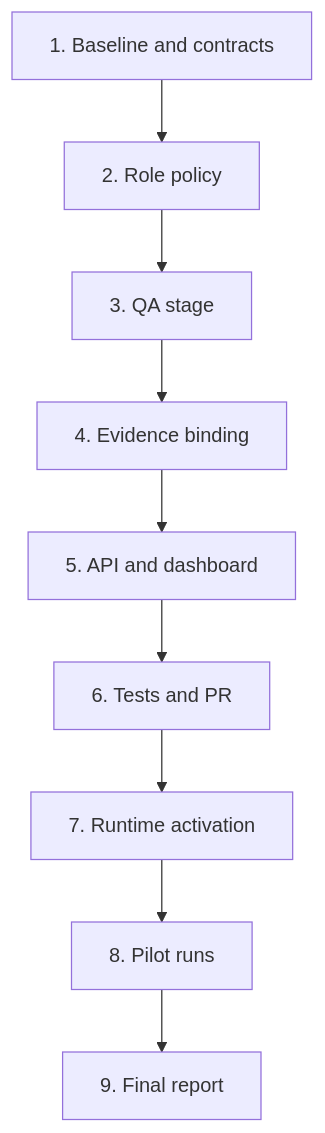
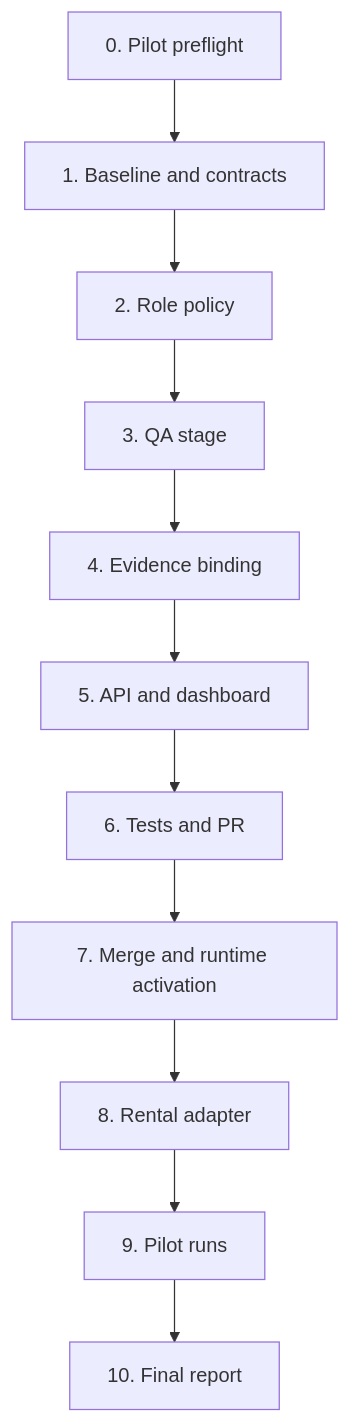
Before and after one commit to nhatnguyenquang1838-coder/gwc: the diagram in docs/plan/distributed-multi-agent-sdlc/pilot-v1/ds-mcp/tasks.md, drawn with Mermaid. The commit also changed other lines of this file and 6 other files, not shown here.

````diff
--- a/docs/plan/distributed-multi-agent-sdlc/pilot-v1/ds-mcp/tasks.md
+++ b/docs/plan/distributed-multi-agent-sdlc/pilot-v1/ds-mcp/tasks.md
@@ -11,11 +61,13 @@
 ```mermaid
 graph TD
-  T1[1. Baseline and contracts] --> T2[2. Role policy]
+  T0[0. Pilot preflight] --> T1[1. Baseline and contracts]
+  T1 --> T2[2. Role policy]
   T2 --> T3[3. QA stage]
   T3 --> T4[4. Evidence binding]
   T4 --> T5[5. API and dashboard]
   T5 --> T6[6. Tests and PR]
-  T6 --> T7[7. Runtime activation]
-  T7 --> T8[8. Pilot runs]
-  T8 --> T9[9. Final report]
+  T6 --> T7[7. Merge and runtime activation]
+  T7 --> T8[8. Rental adapter]
+  T8 --> T9[9. Pilot runs]
+  T9 --> T10[10. Final report]
 ```
````
